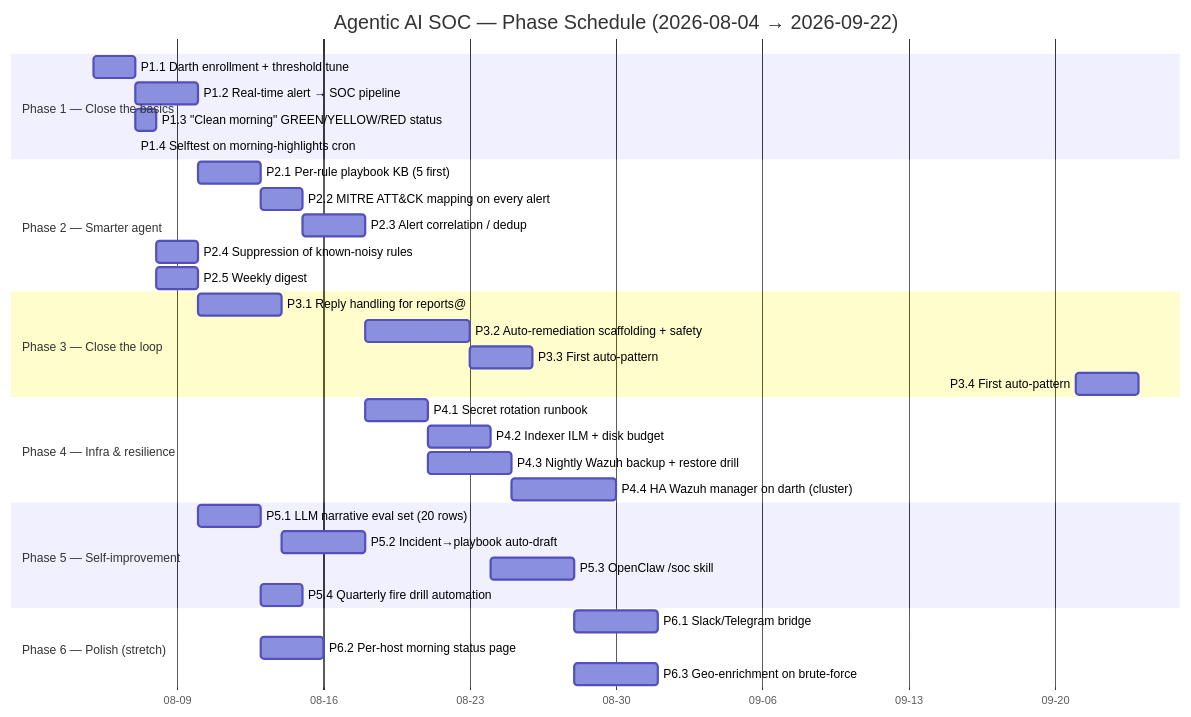
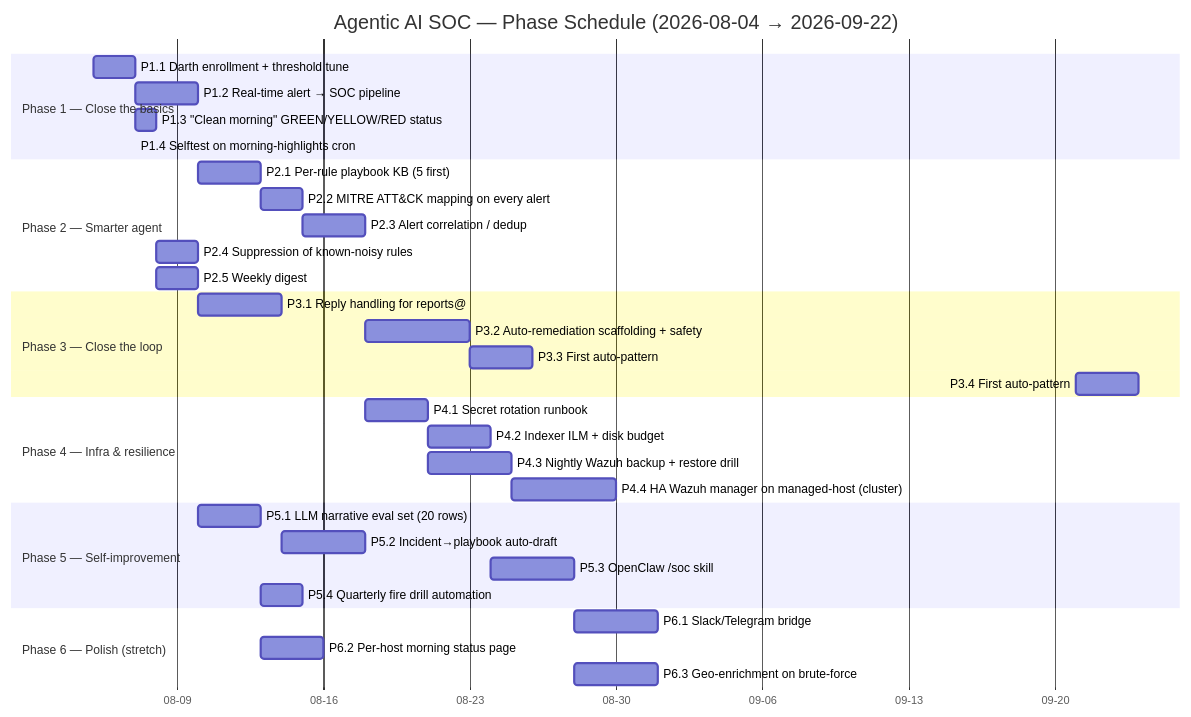
The diagram in TODO.md (dmrobbi/agentic-ai), drawn with Mermaid before and after one commit. The commit also changed other lines of this file and 238 other files, not shown here.

````diff
--- a/TODO.md
+++ b/TODO.md
@@ -42,42 +42,42 @@
 ```mermaid
 gantt
     title Agentic AI SOC — Phase Schedule (2026-08-04 → 2026-09-22)
     dateFormat  YYYY-MM-DD
     axisFormat  %m-%d
 
     section Phase 1 — Close the basics
     P1.1 Darth enrollment + threshold tune        :p1a, 2026-08-05, 2d
     P1.2 Real-time alert → SOC pipeline          :p1b, after p1a, 3d
     P1.3 "Clean morning" GREEN/YELLOW/RED status  :p1c, 2026-08-07, 1d
     P1.4 Selftest on morning-highlights cron  :p1d, 2026-08-07, 1d  ✓ DONE 2026-08-11
 
     section Phase 2 — Smarter agent
     P2.1 Per-rule playbook KB (5 first)          :p2a, after p1b, 3d
     P2.2 MITRE ATT&CK mapping on every alert     :p2b, after p2a, 2d
     P2.3 Alert correlation / dedup                :p2c, after p2b, 3d
     P2.4 Suppression of known-noisy rules         :p2d, after p1c, 2d
     P2.5 Weekly digest                            :p2e, after p1c, 2d
 
     section Phase 3 — Close the loop
     P3.1 Reply handling for reports@              :p3a, after p1b, 4d
     P3.2 Auto-remediation scaffolding + safety    :p3b, after p2c, 5d
     P3.3 First auto-pattern: brute-force block    :p3c, after p3b, 3d
     P3.4 First auto-pattern: CVE host quarantine :p3d, after p3c, 3d
 
     section Phase 4 — Infra & resilience
     P4.1 Secret rotation runbook                  :p4a, 2026-08-18, 3d
     P4.2 Indexer ILM + disk budget                :p4b, after p4a, 3d
     P4.3 Nightly Wazuh backup + restore drill     :p4c, after p4a, 4d
-    P4.4 HA Wazuh manager on darth (cluster)      :p4d, after p4c, 5d
+    P4.4 HA Wazuh manager on managed-host (cluster)      :p4d, after p4c, 5d
 
     section Phase 5 — Self-improvement
     P5.1 LLM narrative eval set (20 rows)         :p5a, after p2e, 3d
     P5.2 Incident→playbook auto-draft             :p5b, after p3a, 4d
     P5.3 OpenClaw /soc skill                      :p5c, after p4b, 4d
     P5.4 Quarterly fire drill automation           :p5d, after p5a, 2d
 
     section Phase 6 — Polish (stretch)
     P6.1 Slack/Telegram bridge                   :p6a, after p5c, 4d
     P6.2 Per-host morning status page             :p6b, after p5a, 3d
     P6.3 Geo-enrichment on brute-force            :p6c, after p5c, 4d
 ```
````
